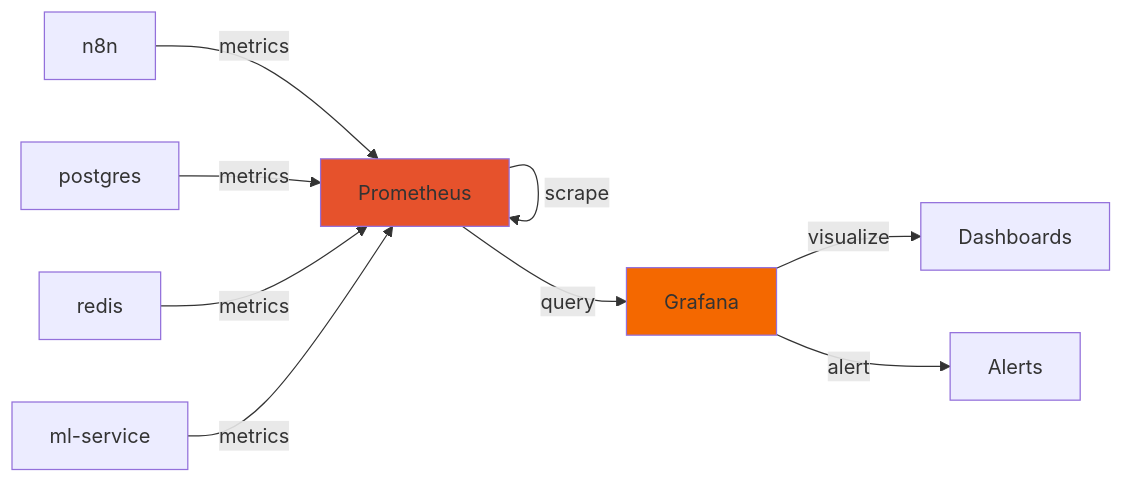
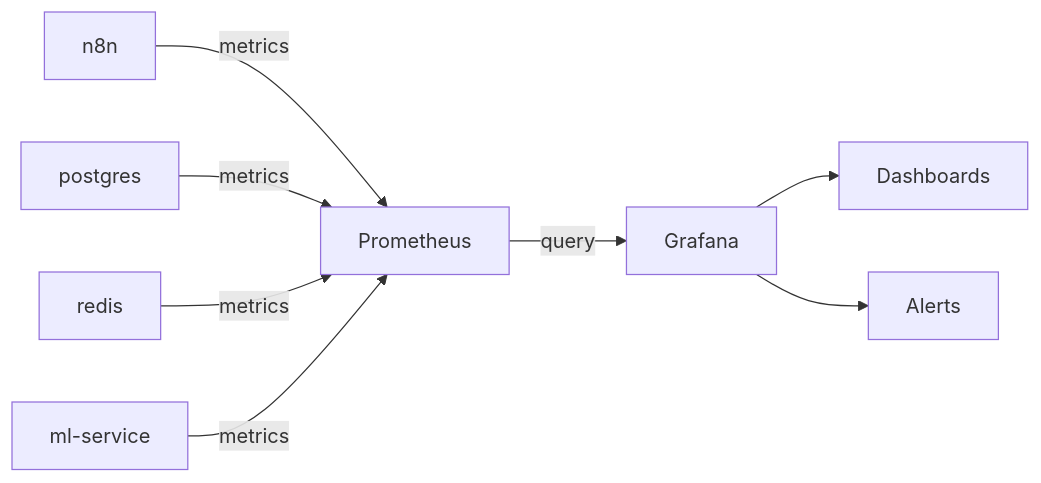
Before and after one commit to KomarovAI/n8n-scraper-docker: the seventh of 7 diagrams in ARCHITECTURE.md, drawn with Mermaid. The commit also changed other lines of this file, not shown here.

First line of the commit message:
docs: ML-optimized architecture v3.0 - diagrams only, 85% reduction

````diff
--- a/ARCHITECTURE.md
+++ b/ARCHITECTURE.md
@@ -366,15 +191,10 @@
 ```mermaid
 graph LR
-    S1[n8n] --> |metrics| P[Prometheus]
-    S2[postgres] --> |metrics| P
-    S3[redis] --> |metrics| P
-    S4[ml-service] --> |metrics| P
-    
-    P --> |scrape| P
+    n8n --> |metrics| P[Prometheus]
+    postgres --> |metrics| P
+    redis --> |metrics| P
+    ml-service --> |metrics| P
     P --> |query| G[Grafana]
-    G --> |visualize| D[Dashboards]
-    G --> |alert| A[Alerts]
-
-    style P fill:#e6522c
-    style G fill:#f46800
+    G --> Dashboards
+    G --> Alerts
 ```
````
